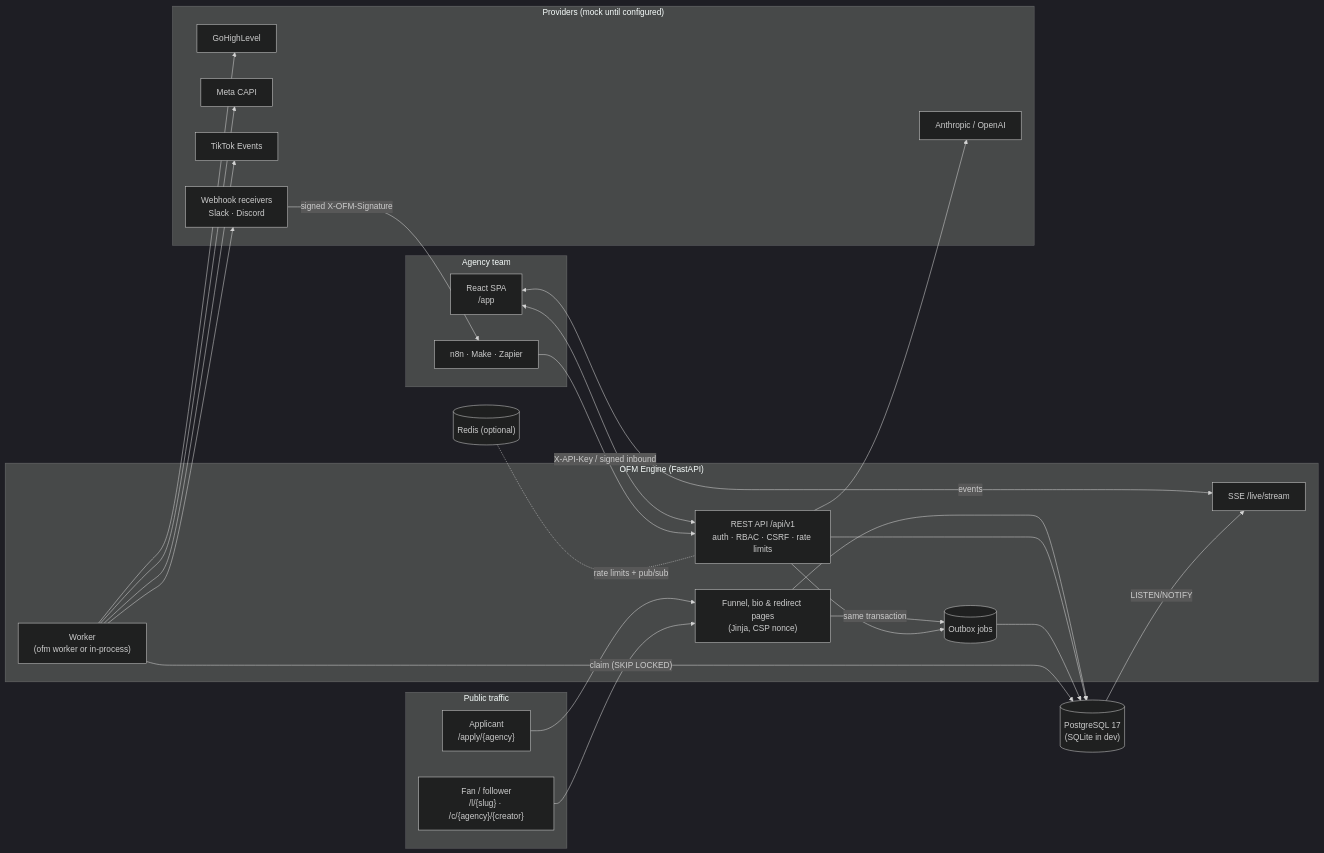
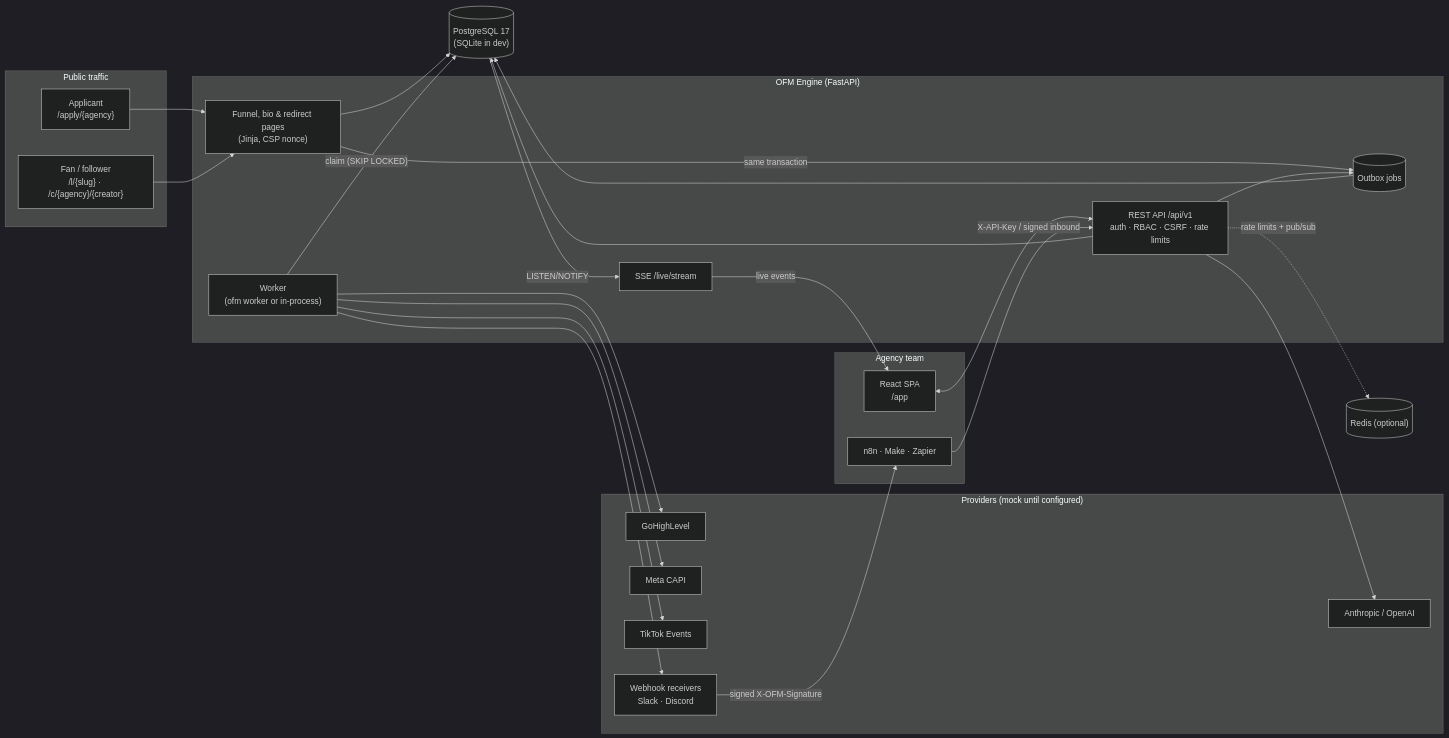
One commit to fernandogarzaaa/OMFE changed the diagram in README.md. Above: the diagram before and after it, drawn with Mermaid (dark theme). The commit also changed 2 other files, not shown here.

Commit message:
docs: mermaid label quoting; backend.md route note

````diff
--- a/README.md
+++ b/README.md
@@ -99,43 +99,43 @@
 ```mermaid
 flowchart LR
   subgraph Public["Public traffic"]
     A["Applicant<br/>/apply/{agency}"]
     F["Fan / follower<br/>/l/{slug} · /c/{agency}/{creator}"]
   end
   subgraph Team["Agency team"]
     S["React SPA<br/>/app"]
     T["n8n · Make · Zapier"]
   end
   subgraph Engine["OFM Engine (FastAPI)"]
     API["REST API /api/v1<br/>auth · RBAC · CSRF · rate limits"]
     P["Funnel, bio & redirect pages<br/>(Jinja, CSP nonce)"]
     SSE["SSE /live/stream"]
     OB[("Outbox jobs")]
     W["Worker<br/>(ofm worker or in-process)"]
   end
   DB[("PostgreSQL 17<br/>(SQLite in dev)")]
   R[("Redis (optional)")]
   subgraph Providers["Providers (mock until configured)"]
     GHL["GoHighLevel"]
     META["Meta CAPI"]
     TT["TikTok Events"]
     LLM["Anthropic / OpenAI"]
     HOOK["Webhook receivers<br/>Slack · Discord"]
   end
   A --> P
   F --> P
   S <--> API
-  S <-- events --> SSE
+  SSE -- "live events" --> S
   T -- "X-API-Key / signed inbound" --> API
   P --> DB
   API --> DB
   P -- "same transaction" --> OB
   API --> OB
   OB --> DB
   W -- "claim (SKIP LOCKED)" --> DB
   W --> GHL & META & TT & HOOK
   API --> LLM
   DB -- "LISTEN/NOTIFY" --> SSE
-  R -. "rate limits + pub/sub" .- API
+  API -.->|"rate limits + pub/sub"| R
   HOOK -- "signed X-OFM-Signature" --> T
 ```
````
